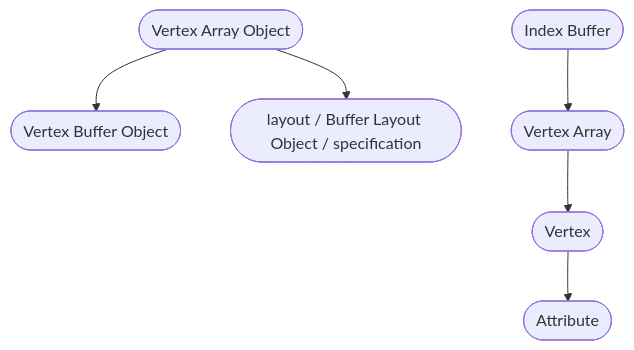
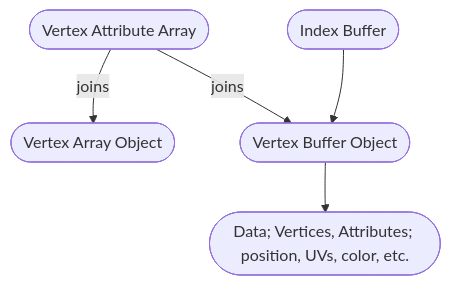
Before and after one commit to mikesmullin/cpp17-win32-glfw-opengl: the diagram in notes.md, drawn with Mermaid. The commit also changed other lines of this file and 1 other file, not shown here.

Commit message:
example of using VAOs to simplify API calls required per frame

````diff
--- a/notes.md
+++ b/notes.md
@@ -17,17 +17,20 @@
 ```mermaid
 graph TD
   vao([Vertex Array Object])
   vbo([Vertex Buffer Object])
   ib([Index Buffer])
-  va([Vertex Array])
-  v([Vertex])
-  a([Attribute])
+  vaa([Vertex Attribute Array])
+  %%vab(["[Vertex Array] Buffer"])
+  v(["Data; Vertices, Attributes; position, UVs, color, etc."])
+  %%a([Attribute])
+  %%l([Vertex Attrib Array / vertex layout / Buffer Layout Object / specification])
 
-  vao --> vbo
+  %%vao --> vbo
+  %%vaa --> vbo
+  %%vao --> vaa
 
-  l([layout / Buffer Layout Object / specification])
+  vaa -->|joins| vao & vbo
 
-  vao --> l
-
-  ib --> va --> v --> a
+  ib --> vbo --> v
+  %%v --> a
 ```
````
